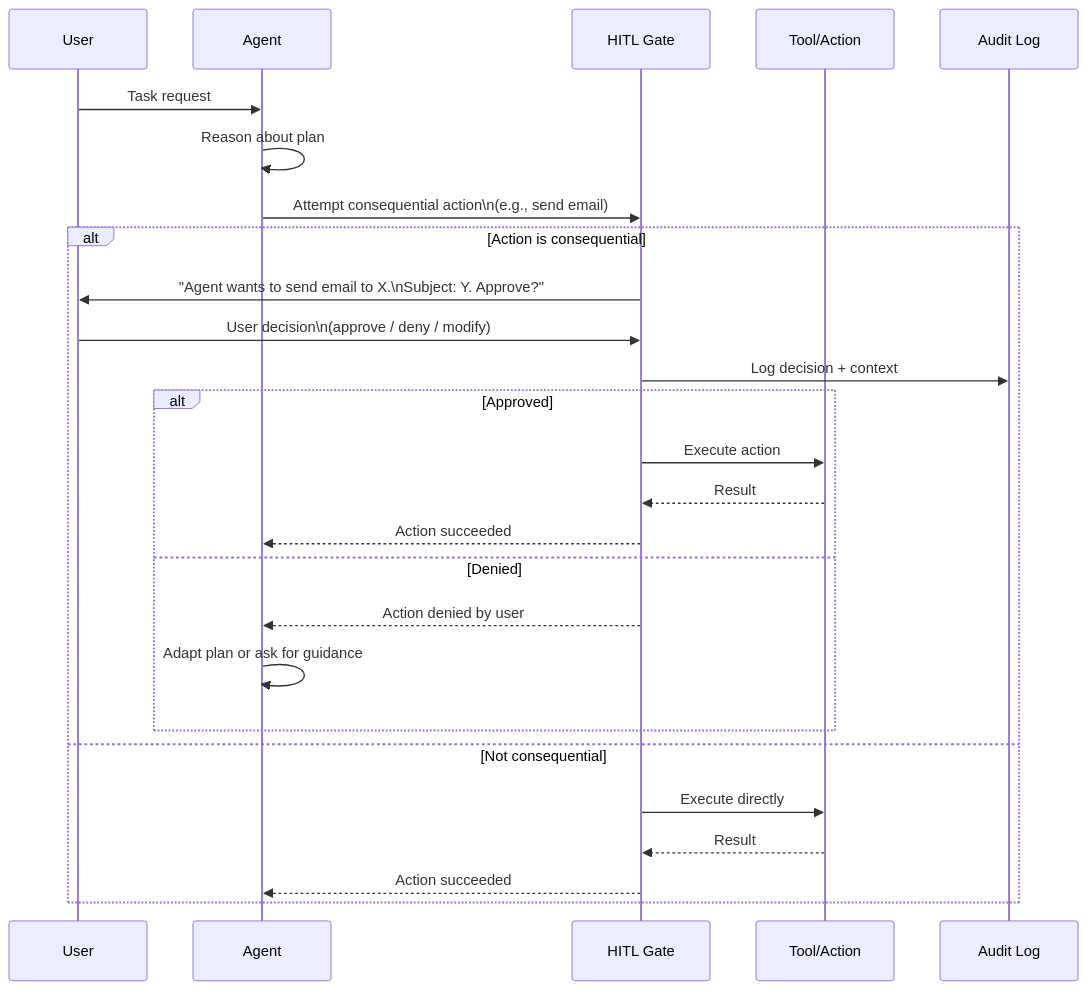
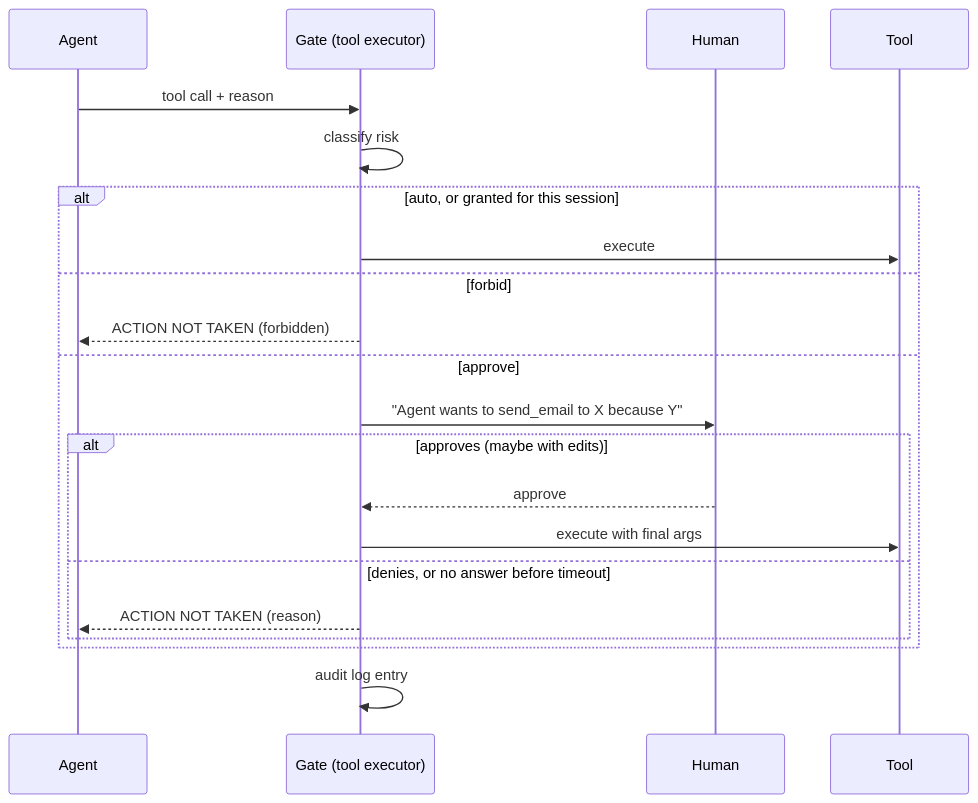
Before and after one commit to PrajwalAmte/AI-Engineering-Patterns: the diagram in content/patterns/governance/human-in-the-loop.md, drawn with Mermaid. The commit also changed other lines of this file and 190 other files, not shown here.

````diff
--- a/content/patterns/governance/human-in-the-loop.md
+++ b/content/patterns/governance/human-in-the-loop.md
@@ -44,31 +39,23 @@
-```mermaid
+<pre class="mermaid">
 sequenceDiagram
-    participant U as User
     participant A as Agent
-    participant G as HITL Gate
-    participant T as Tool/Action
-    participant L as Audit Log
-
-    U->>A: Task request
-    A->>A: Reason about plan
-    A->>G: Attempt consequential action\n(e.g., send email)
-    
-    alt Action is consequential
-        G->>U: "Agent wants to send email to X.\nSubject: Y. Approve?"
-        U->>G: User decision\n(approve / deny / modify)
-        G->>L: Log decision + context
-        
-        alt Approved
-            G->>T: Execute action
-            T-->>G: Result
-            G-->>A: Action succeeded
-        else Denied
-            G-->>A: Action denied by user
-            A->>A: Adapt plan or ask for guidance
+    participant G as Gate (tool executor)
+    participant H as Human
+    participant T as Tool
+    A->>G: tool call + reason
+    G->>G: classify risk
+    alt auto, or granted for this session
+        G->>T: execute
+    else forbid
+        G-->>A: ACTION NOT TAKEN (forbidden)
+    else approve
+        G->>H: "Agent wants to send_email to X because Y"
+        alt approves (maybe with edits)
+            H-->>G: approve
+            G->>T: execute with final args
+        else denies, or no answer before timeout
+            G-->>A: ACTION NOT TAKEN (reason)
         end
-    else Not consequential
-        G->>T: Execute directly
-        T-->>G: Result
-        G-->>A: Action succeeded
     end
-```
+    G->>G: audit log entry
+</pre>
````
